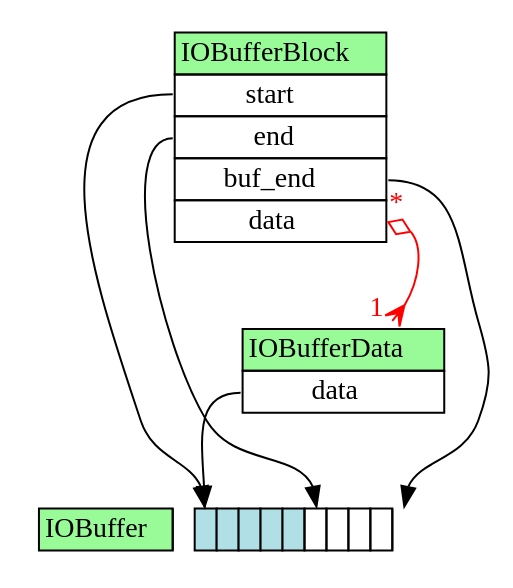
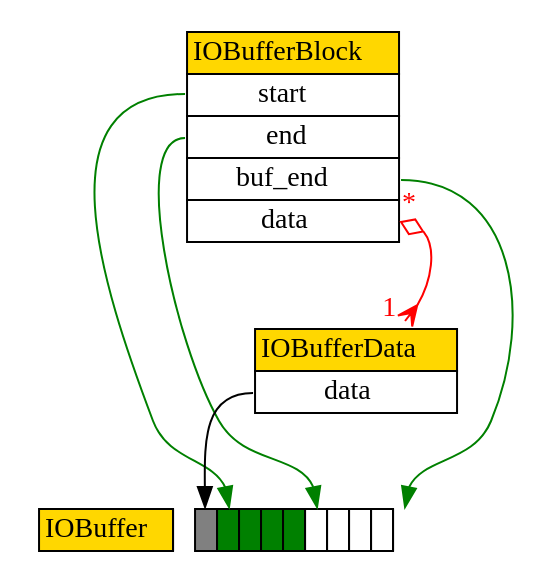
The diagram in dot/iobufferblock.dot (xf6wang/ts-docs), drawn with Graphviz before and after one commit. The commit also changed 4 other files, not shown here.

Commit message:
Added many DOT and UML files.

```diff
--- a/dot/iobufferblock.dot
+++ b/dot/iobufferblock.dot
@@ -1,43 +1,43 @@
 digraph {
   IOBufferBlock [shape=plaintext,label=< <TABLE BORDER="0" CELLBORDER="1" CELLSPACING="0">
-      <TR><TD BGCOLOR="palegreen" port="name">\N</TD></TR>
+      <TR><TD BGCOLOR="gold" port="name">\N</TD></TR>
       <TR><TD port="start">start</TD></TR>
       <TR><TD port="end">end</TD></TR>
       <TR><TD port="buf_end">buf_end</TD></TR>
       <TR><TD port="data">data</TD></TR>
       </TABLE> >
    ]
 
   IOBufferData [shape=plaintext, label=< <TABLE BORDER="0" CELLBORDER="1" CELLSPACING="0">
-      <TR><TD BGCOLOR="palegreen" port="name">\N</TD></TR>
+      <TR><TD BGCOLOR="gold" port="name">\N</TD></TR>
       <TR><TD port="data">data</TD></TR>
       </TABLE> >
    ]
 
   IOBuffer [shape=plaintext, label=< <TABLE BORDER="0" CELLBORDER="1" CELLSPACING="0">
       <TR>
-        <TD BGCOLOR="palegreen">\N</TD>
+        <TD BGCOLOR="gold">\N</TD>
         <TD sides="l"> </TD>
-        <TD port="start" BGCOLOR="powderblue"> </TD>
-        <TD BGCOLOR="powderblue"> </TD>
-        <TD BGCOLOR="powderblue"> </TD>
-        <TD BGCOLOR="powderblue"> </TD>
-        <TD BGCOLOR="powderblue"> </TD>
+        <TD port="buf_start" BGCOLOR="grey"> </TD>
+        <TD port="start" BGCOLOR="green"> </TD>
+        <TD BGCOLOR="green"> </TD>
+        <TD BGCOLOR="green"> </TD>
+        <TD BGCOLOR="green"> </TD>
         <TD port="end"> </TD>
         <TD> </TD>
         <TD> </TD>
         <TD> </TD>
         <TD port="buf_end" sides="l"> </TD>
       </TR>
     </TABLE> >
   ]
 
-  IOBufferData:data -> IOBuffer:start
+  IOBufferData:data -> IOBuffer:buf_start
   IOBufferBlock:data:e -> IOBufferData:ne [dir=both,arrowhead=crow,arrowtail=odiamond,
     taillabel="*",headlabel="1",
     labelangle="90",labeldistance="1",labelfontcolor="red",color="red"
   ]
-  IOBufferBlock:start:w -> IOBuffer:start
-  IOBufferBlock:end:w -> IOBuffer:end
-  IOBufferBlock:buf_end:e -> IOBuffer:buf_end
+  IOBufferBlock:start:w -> IOBuffer:start [color="green"]
+  IOBufferBlock:end:w -> IOBuffer:end [color="green"]
+  IOBufferBlock:buf_end:e -> IOBuffer:buf_end [color="green"]
 }
```
